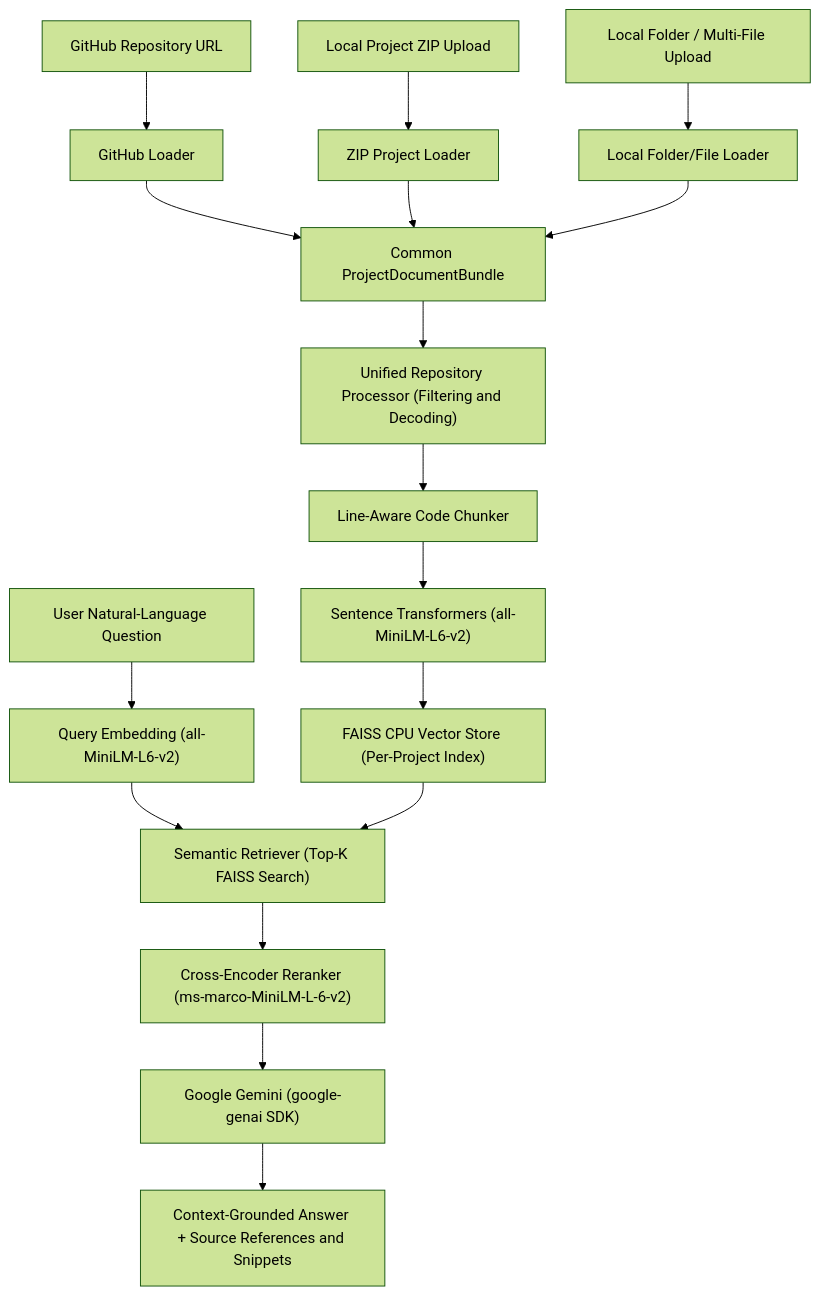
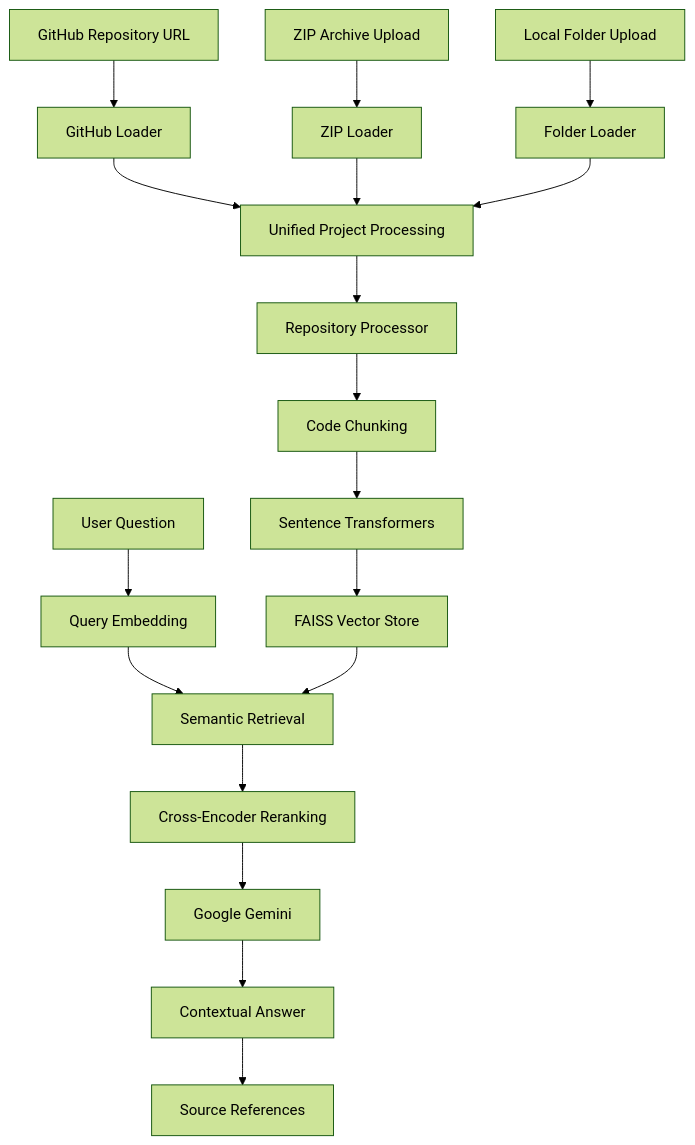
The diagram in README.md (Anusha1839/AI-Powered-GitHub-Repository-Assistant), drawn with Mermaid (forest theme) before and after one commit. The commit also changed other lines of this file, not shown here.

````diff
--- a/README.md
+++ b/README.md
@@ -97,22 +129,24 @@
 ```mermaid
 flowchart TD
-    A["GitHub Repository URL"] --> D["GitHub Loader"]
-    B["Local Project ZIP Upload"] --> E["ZIP Project Loader"]
-    C["Local Folder / Multi-File Upload"] --> F["Local Folder/File Loader"]
+    A[GitHub Repository URL] --> D[GitHub Loader]
+    B[ZIP Archive Upload] --> E[ZIP Loader]
+    C[Local Folder Upload] --> F[Folder Loader]
 
-    D --> G["Common ProjectDocumentBundle"]
+    D --> G[Unified Project Processing]
     E --> G
     F --> G
 
-    G --> H["Unified Repository Processor (Filtering and Decoding)"]
-    H --> I["Line-Aware Code Chunker"]
-    I --> J["Sentence Transformers (all-MiniLM-L6-v2)"]
-    J --> K["FAISS CPU Vector Store (Per-Project Index)"]
+    G --> H[Repository Processor]
+    H --> I[Code Chunking]
+    I --> J[Sentence Transformers]
+    J --> K[FAISS Vector Store]
 
-    Q["User Natural-Language Question"] --> JQ["Query Embedding (all-MiniLM-L6-v2)"]
-    JQ --> L["Semantic Retriever (Top-K FAISS Search)"]
-    K --> L
-    L --> M["Cross-Encoder Reranker (ms-marco-MiniLM-L-6-v2)"]
-    M --> N["Google Gemini (google-genai SDK)"]
-    N --> O["Context-Grounded Answer + Source References and Snippets"]
+    Q[User Question] --> R[Query Embedding]
+    R --> S[Semantic Retrieval]
+    K --> S
+
+    S --> T[Cross-Encoder Reranking]
+    T --> U[Google Gemini]
+    U --> V[Contextual Answer]
+    V --> W[Source References]
 ```
````
